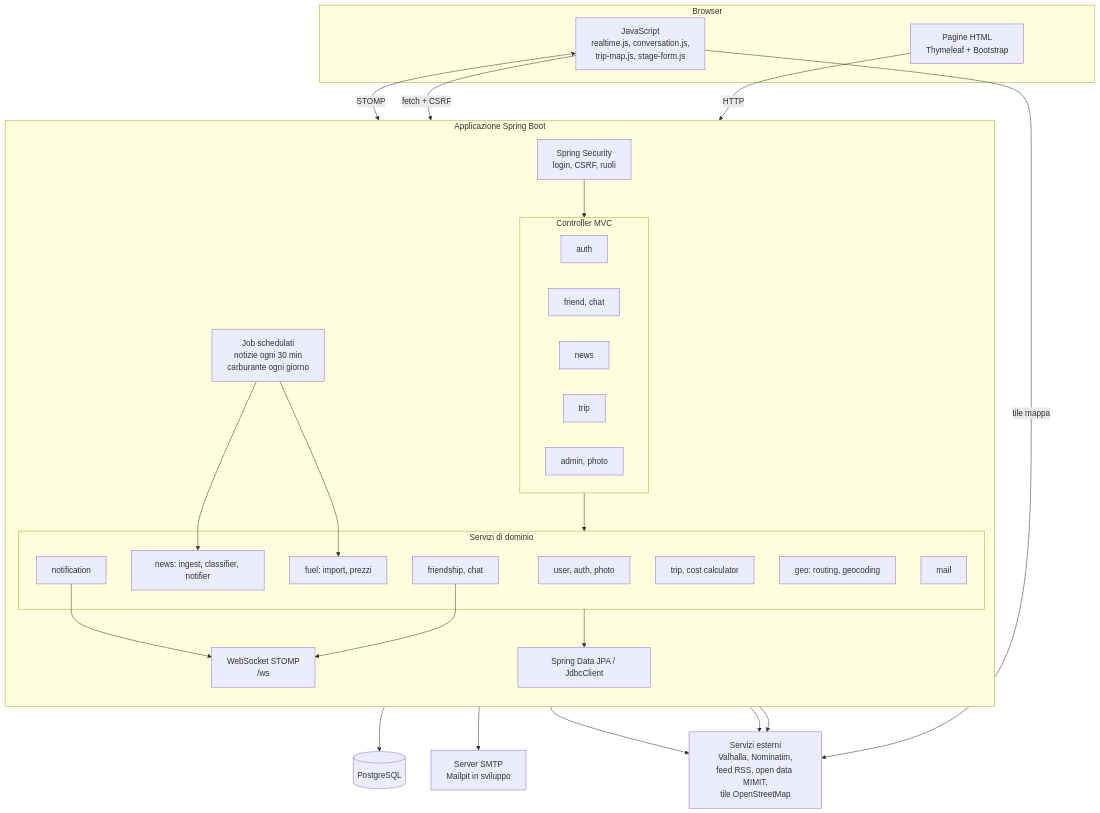
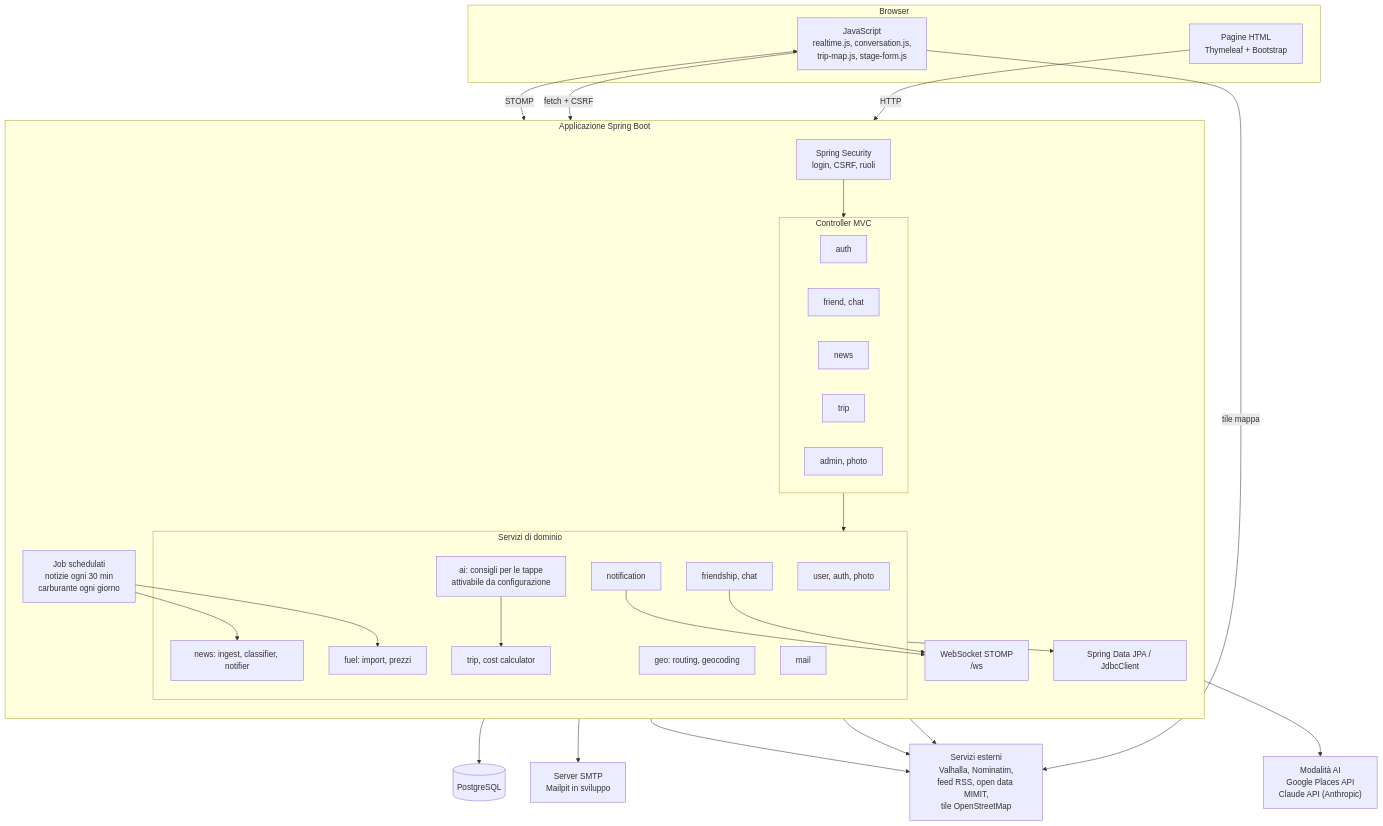
Before and after one commit to Paolo994/motorbike: the first of 3 diagrams in docs/architettura.md, drawn with Mermaid. The commit also changed other lines of this file and 38 other files, not shown here.

First line of the commit message:
Assistente AI per le tappe, Apri in Google Maps e indicazioni leggibili

````diff
--- a/docs/architettura.md
+++ b/docs/architettura.md
@@ -37,51 +37,55 @@
 ```mermaid
 flowchart TB
     subgraph Browser
         UI["Pagine HTML<br/>Thymeleaf + Bootstrap"]
         JS["JavaScript<br/>realtime.js, conversation.js,<br/>trip-map.js, stage-form.js"]
     end
 
     subgraph App["Applicazione Spring Boot"]
         direction TB
         SEC["Spring Security<br/>login, CSRF, ruoli"]
         subgraph Web["Controller MVC"]
             C_AUTH["auth"]
             C_SOC["friend, chat"]
             C_NEWS["news"]
             C_TRIP["trip"]
             C_ADM["admin, photo"]
         end
         WS["WebSocket STOMP<br/>/ws"]
         subgraph Services["Servizi di dominio"]
             S_USER["user, auth, photo"]
             S_SOC["friendship, chat"]
             S_NOTIF["notification"]
             S_NEWS["news: ingest, classifier, notifier"]
             S_TRIP["trip, cost calculator"]
             S_GEO["geo: routing, geocoding"]
             S_FUEL["fuel: import, prezzi"]
+            S_AI["ai: consigli per le tappe<br/>attivabile da configurazione"]
             S_MAIL["mail"]
         end
         JOBS["Job schedulati<br/>notizie ogni 30 min<br/>carburante ogni giorno"]
         REPO["Spring Data JPA / JdbcClient"]
     end
 
     DB[("PostgreSQL")]
     SMTP["Server SMTP<br/>Mailpit in sviluppo"]
     EXT["Servizi esterni<br/>Valhalla, Nominatim,<br/>feed RSS, open data MIMIT,<br/>tile OpenStreetMap"]
+    AIEXT["Modalità AI<br/>Google Places API<br/>Claude API (Anthropic)"]
 
     UI -->|HTTP| SEC --> Web
     JS -->|"fetch + CSRF"| SEC
     JS <-->|STOMP| WS
     Web --> Services
     JOBS --> S_NEWS
     JOBS --> S_FUEL
     Services --> REPO --> DB
     S_NOTIF --> WS
     S_SOC --> WS
     S_MAIL --> SMTP
     S_GEO --> EXT
     S_NEWS --> EXT
     S_FUEL --> EXT
+    S_AI --> S_TRIP
+    S_AI --> AIEXT
     JS -->|tile mappa| EXT
 ```
````
